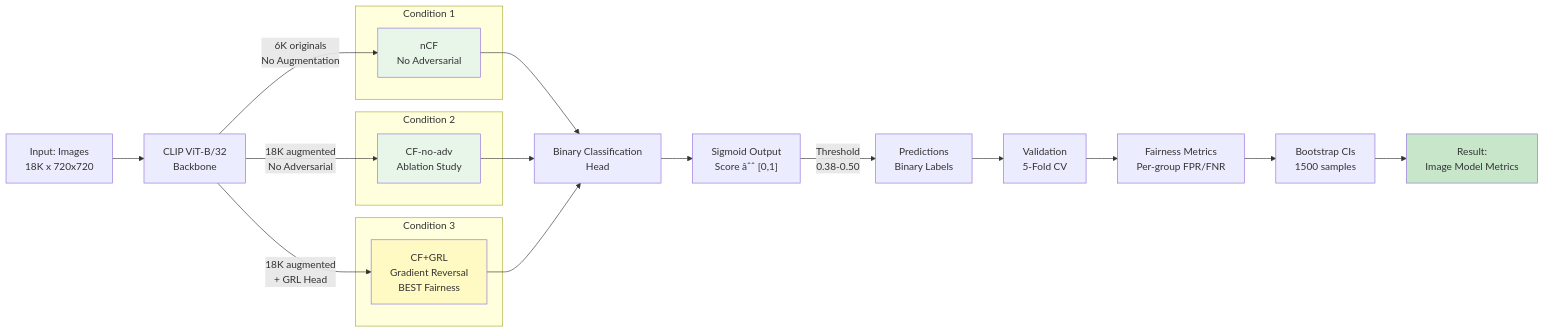
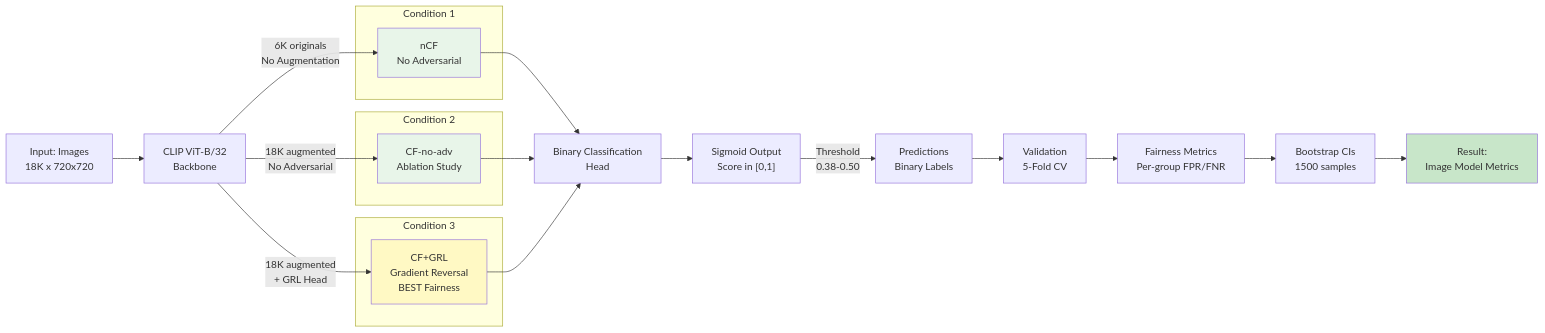
One commit to anonymous5987169-sys/COUNTER-HATE-Multimodal-Counterfactual-Augmentation-for-Bias-Aware-Hate-Speech-Detection changed the fifth of 9 diagrams in Docs/Architectures.md. Above: the diagram before and after it, drawn with Mermaid. The commit also changed other lines of this file, not shown here.

````diff
--- a/Docs/Architectures.md
+++ b/Docs/Architectures.md
@@ -222,39 +223,39 @@
 ```mermaid
 graph LR
     A["Input: Images<br/>18K x 720x720"] --> B["CLIP ViT-B/32<br/>Backbone"]
     
     B -->|6K originals<br/>No Augmentation| C1["nCF<br/>No Adversarial"]
     B -->|18K augmented<br/>No Adversarial| C2["CF-no-adv<br/>Ablation Study"]
     B -->|18K augmented<br/>+ GRL Head| C3["CF+GRL<br/>Gradient Reversal<br/>BEST Fairness"]
     
     subgraph C1_group["Condition 1"]
         C1
     end
     
     subgraph C2_group["Condition 2"]
         C2
     end
     
     subgraph C3_group["Condition 3"]
         C3
     end
     
     C1 --> D["Binary Classification<br/>Head"]
     C2 --> D
     C3 --> D
     
-    D --> E["Sigmoid Output<br/>Score âˆˆ [0,1]"]
+    D --> E["Sigmoid Output<br/>Score in [0,1]"]
     
     E -->|Threshold<br/>0.38-0.50| F["Predictions<br/>Binary Labels"]
     
     F --> G["Validation<br/>5-Fold CV"]
     G --> H["Fairness Metrics<br/>Per-group FPR/FNR"]
     
     H --> I["Bootstrap CIs<br/>1500 samples"]
     I --> J["Result:<br/>Image Model Metrics"]
     
     style C1 fill:#e8f5e9
     style C2 fill:#e8f5e9
     style C3 fill:#fff9c4
     style J fill:#c8e6c9
 ```
````
